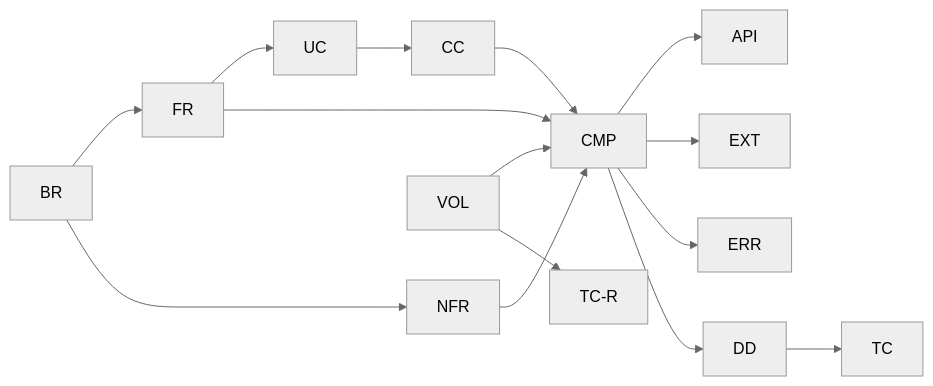
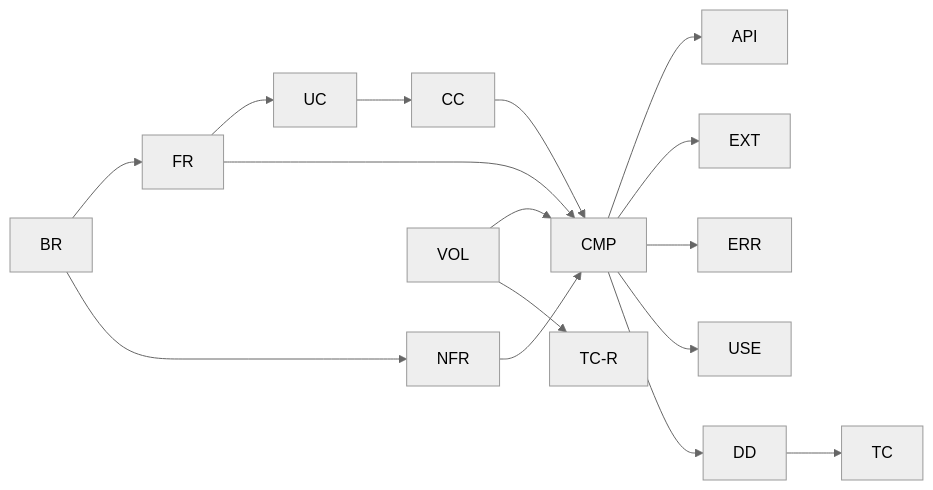
One commit to fukugyononuko/tensorcheck changed the diagram in docs/traceability.md. Above: the diagram before and after it, drawn with Mermaid (neutral theme). The commit also changed other lines of this file and 2 other files, not shown here.

````diff
--- a/docs/traceability.md
+++ b/docs/traceability.md
@@ -6,13 +6,13 @@
 ```mermaid
 flowchart LR
   BR --> FR & NFR
   FR --> UC
   UC --> CC
   CC --> CMP
   VOL --> CMP
   FR & NFR --> CMP
-  CMP --> API & EXT & ERR
+  CMP --> API & EXT & ERR & USE
   CMP --> DD
   DD --> TC
   VOL --> TCR["TC-R"]
 ```
````
